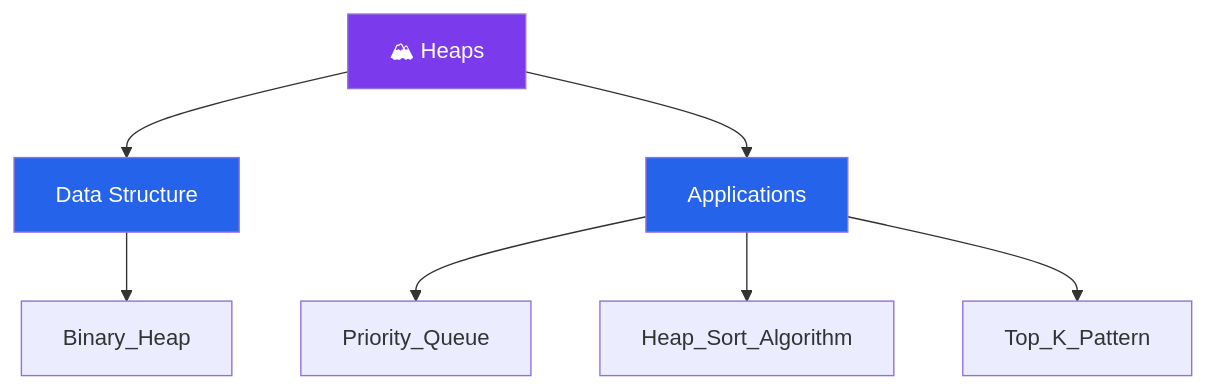
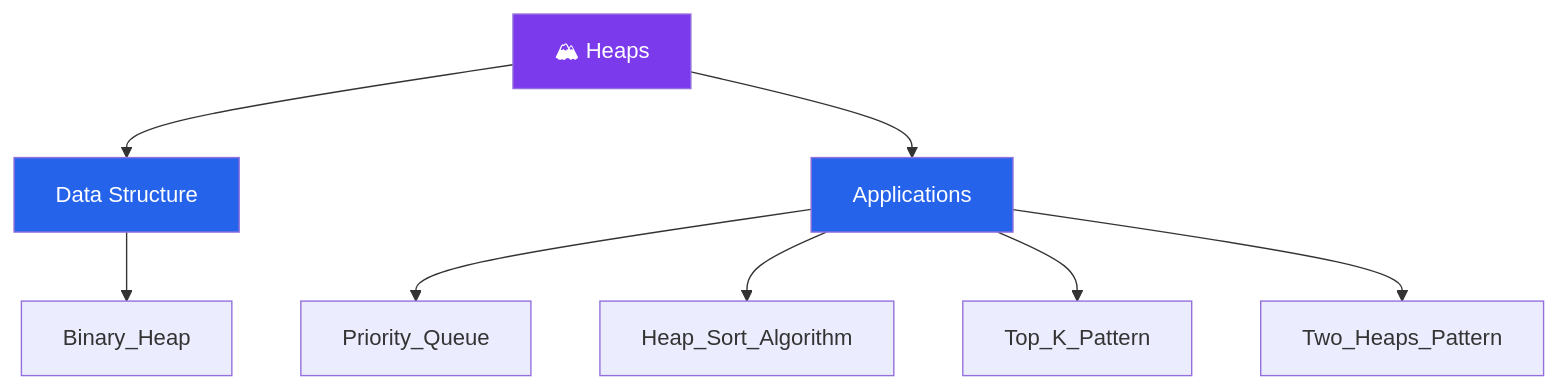
The diagram in DSA/06_Heaps/_MOC_Heaps.md (karanjain1601/Obsidian-Monday), drawn with Mermaid before and after one commit. The commit also changed other lines of this file and 274 other files, not shown here.

````diff
--- a/DSA/06_Heaps/_MOC_Heaps.md
+++ b/DSA/06_Heaps/_MOC_Heaps.md
@@ -15,16 +15,17 @@
 ```mermaid
 graph TD
     CENTER["🏔 Heaps"]
     CENTER --> DS["Data Structure"]
     CENTER --> APPS["Applications"]
 
     DS --> BH["Binary_Heap"]
 
     APPS --> PQ["Priority_Queue"]
     APPS --> HS["Heap_Sort_Algorithm"]
     APPS --> TOPK["Top_K_Pattern"]
+    APPS --> TWO_H["Two_Heaps_Pattern"]
 
     style CENTER fill:#7c3aed,color:#fff
     style DS fill:#2563eb,color:#fff
     style APPS fill:#2563eb,color:#fff
 ```
````
